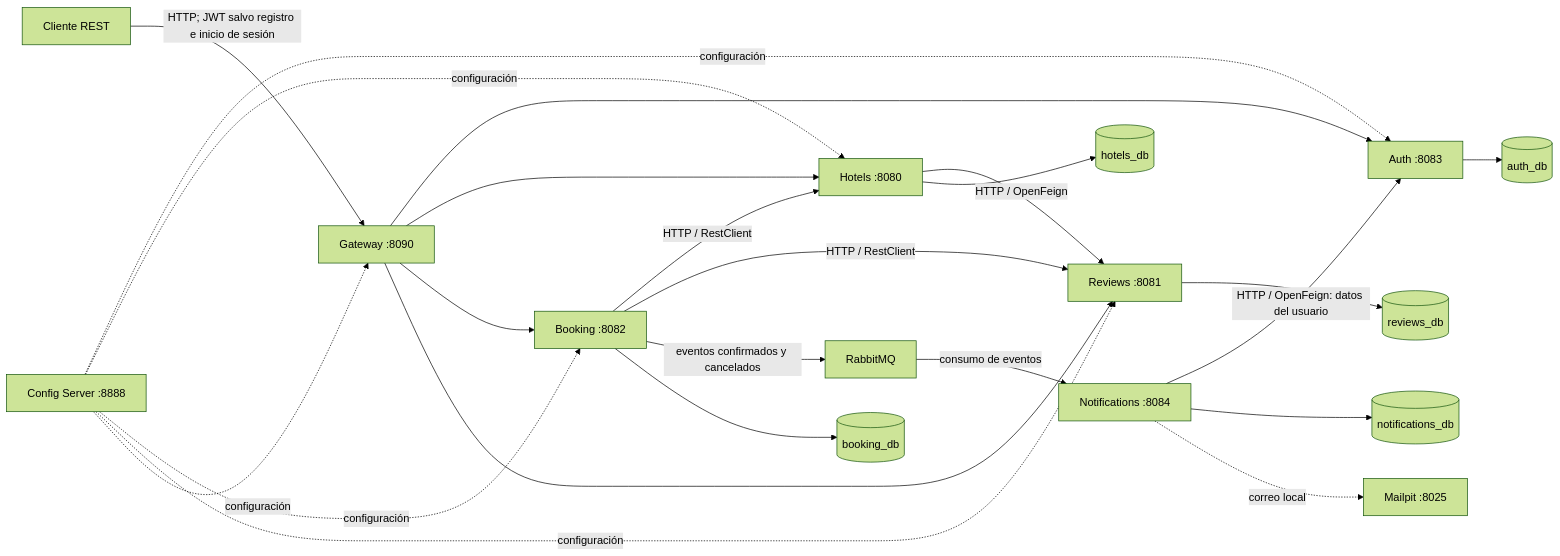
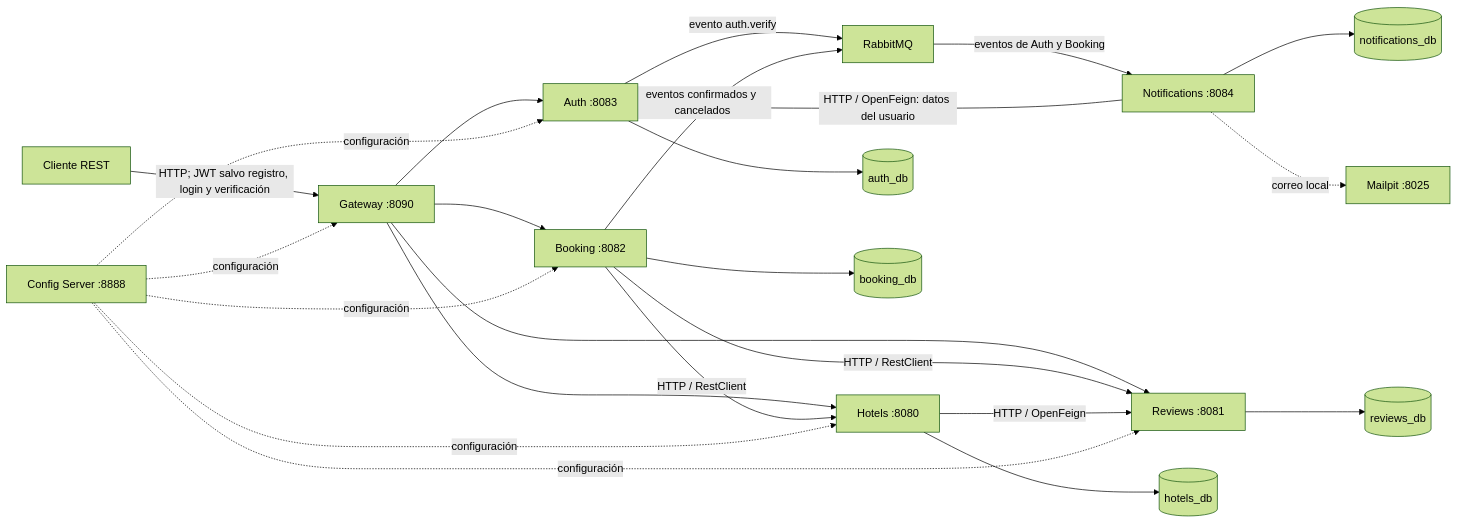
The diagram in README.md (alexmruiz/staybook-microservices), drawn with Mermaid (forest theme) before and after one commit. The commit also changed other lines of this file and 5 other files, not shown here.

````diff
--- a/README.md
+++ b/README.md
@@ -23,28 +23,29 @@
 ```mermaid
 flowchart LR
-    Client[Cliente REST] -->|HTTP; JWT salvo registro e inicio de sesión| Gateway[Gateway :8090]
+    Client[Cliente REST] -->|HTTP; JWT salvo registro, login y verificación| Gateway[Gateway :8090]
     Gateway --> Auth[Auth :8083]
     Gateway --> Hotels[Hotels :8080]
     Gateway --> Booking[Booking :8082]
     Gateway --> Reviews[Reviews :8081]
 
     Booking -->|HTTP / RestClient| Hotels
     Booking -->|HTTP / RestClient| Reviews
     Hotels -->|HTTP / OpenFeign| Reviews
+    Auth -->|evento auth.verify| Rabbit
     Booking -->|eventos confirmados y cancelados| Rabbit[RabbitMQ]
-    Rabbit -->|consumo de eventos| Notifications[Notifications :8084]
+    Rabbit -->|eventos de Auth y Booking| Notifications[Notifications :8084]
     Notifications -->|HTTP / OpenFeign: datos del usuario| Auth
     Notifications --> NotificationsDB[(notifications_db)]
     Notifications -. correo local .-> Mailpit[Mailpit :8025]
 
     Auth --> AuthDB[(auth_db)]
     Hotels --> HotelsDB[(hotels_db)]
     Booking --> BookingDB[(booking_db)]
     Reviews --> ReviewsDB[(reviews_db)]
 
     Config[Config Server :8888] -. configuración .-> Auth
     Config -. configuración .-> Hotels
     Config -. configuración .-> Booking
     Config -. configuración .-> Reviews
     Config -. configuración .-> Gateway
 ```
````
